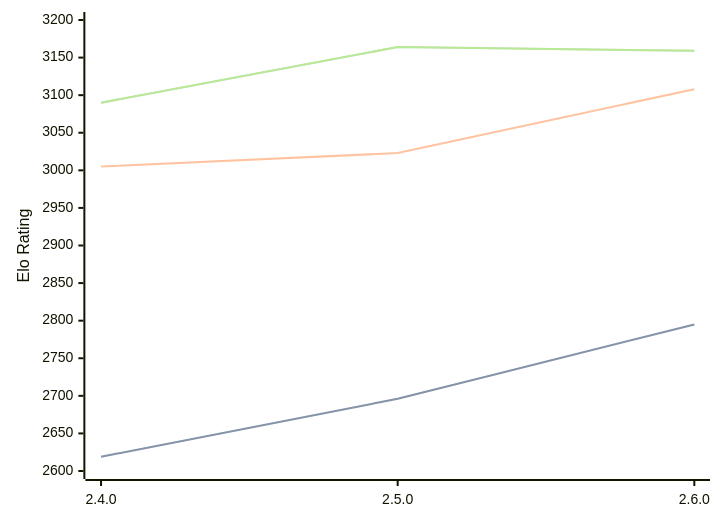
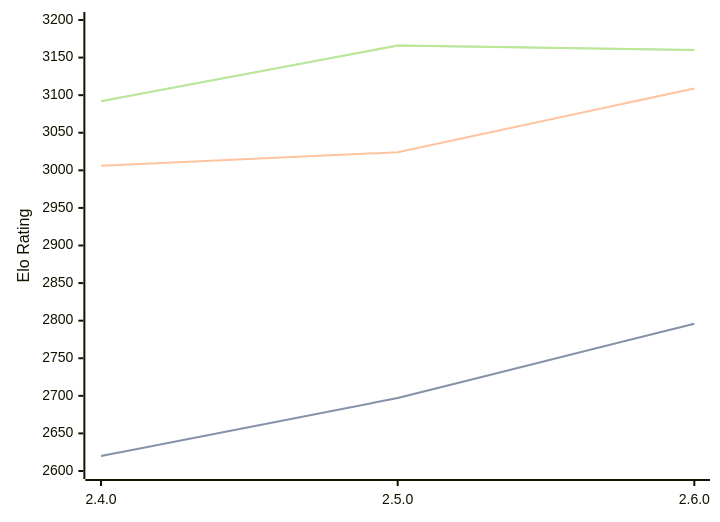
One commit to computer-chess-index/cci changed the diagram in engines/Sturddle2.md. Above: the diagram before and after it, drawn with Mermaid. The commit also changed other lines of this file, not shown here.

Commit message:
Update CCI Ratings (ELO VLTC) - 2026-09-01

````diff
--- a/engines/Sturddle2.md
+++ b/engines/Sturddle2.md
@@ -33,11 +33,11 @@
 ```mermaid
 %%{init: {"theme":"base","themeVariables":{"seriesColors:['#a3a3a3','#222221','#faa371']}}}%%
 xychart-beta
   x-axis ["2.4.0", "2.5.0", "2.6.0"]
   y-axis "Elo Rating" 2600 --> 3200
-  line "" [2619, 2696, 2795]
-  line "STC (8.0+0.08s)" [2619, 2696, 2795]
-  line "LTC (60.0+0.60s)" [3005, 3023, 3108]
-  line "" [3090, 3164, 3159]
-  line "VLTC (2m24s+1.12s)" [3090, 3164, 3159]
+  line "" [2620, 2697, 2796]
+  line "STC (8.0+0.08s)" [2620, 2697, 2796]
+  line "LTC (60.0+0.60s)" [3006, 3024, 3109]
+  line "" [3092, 3166, 3160]
+  line "VLTC (2m24s+1.12s)" [3092, 3166, 3160]
 ```
````
